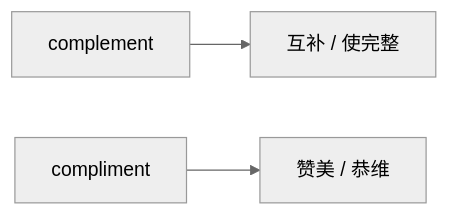
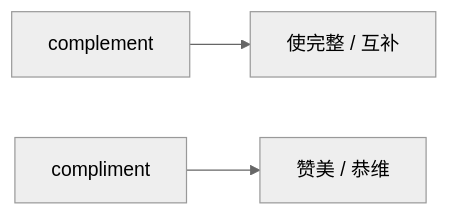
Before and after one commit to seki999/DialogueFlow: the fifth of 5 diagrams in slides_backup/托业单词/20260630/01.md, drawn with Mermaid (neutral theme). The commit also changed other lines of this file and 28 other files, not shown here.

````diff
--- a/slides_backup/托业单词/20260630/01.md
+++ b/slides_backup/托业单词/20260630/01.md
@@ -183,5 +218,5 @@
 ```mermaid
 flowchart LR
-    A[complement] --> B[互补 / 使完整]
+    A[complement] --> B[使完整 / 互补]
     C[compliment] --> D[赞美 / 恭维]
 ```
````
